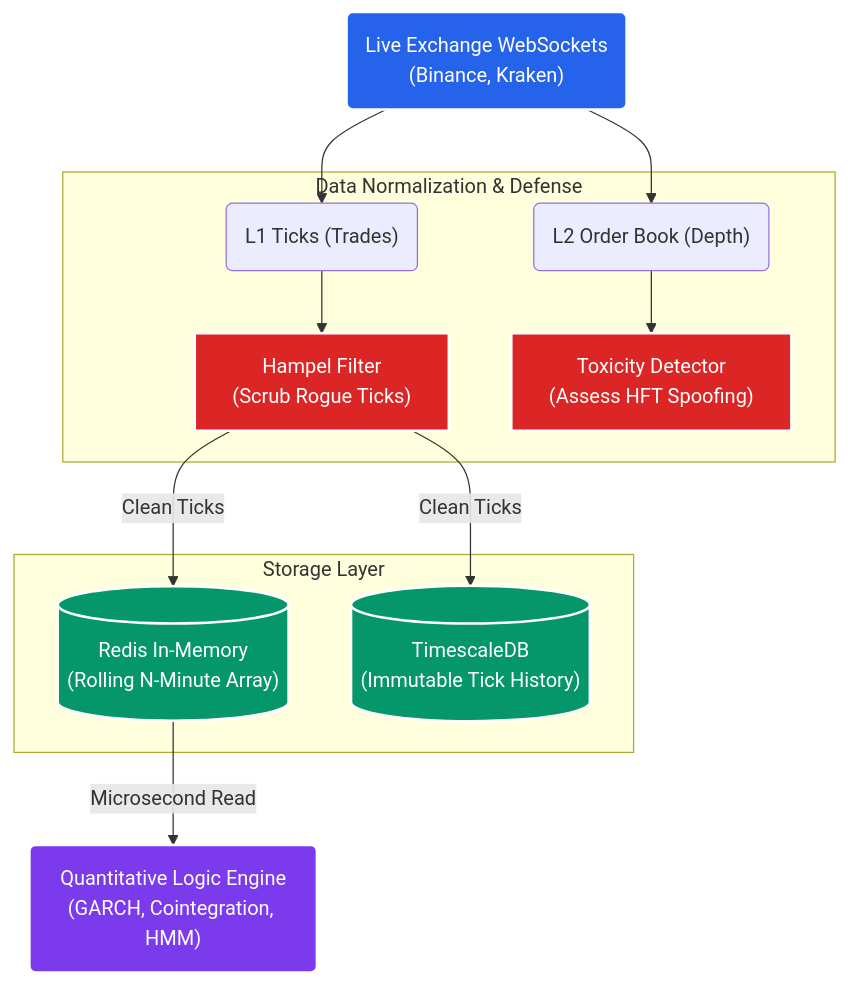
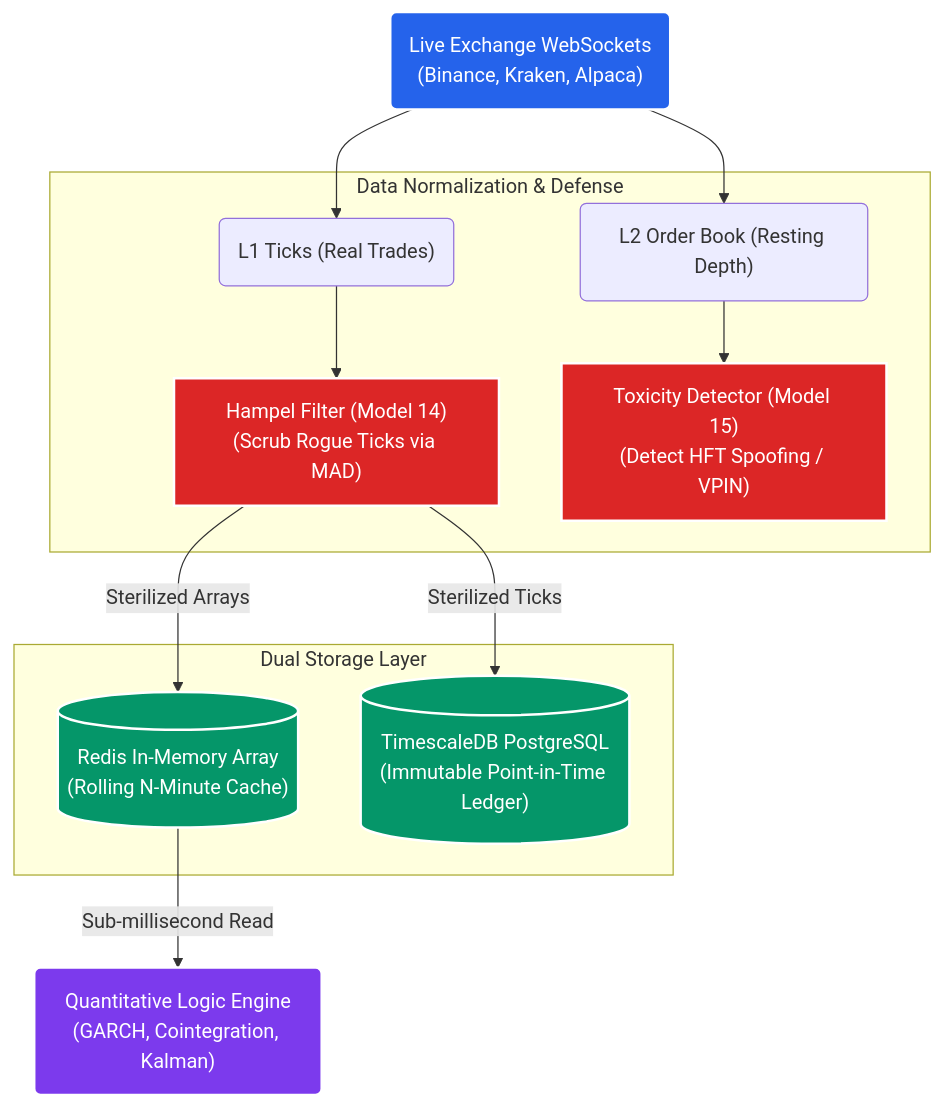
The diagram in docs/strategy/02_data_architecture.md (racoya/stockstats), drawn with Mermaid before and after one commit. The commit also changed other lines of this file, not shown here.

First line of the commit message:
docs(strategy): rewrite data ingestion architecture blueprint

````diff
--- a/docs/strategy/02_data_architecture.md
+++ b/docs/strategy/02_data_architecture.md
@@ -8,35 +10,35 @@
 ```mermaid
 graph TD
     classDef stream fill:#2563eb,stroke:#fff,stroke-width:2px,color:#fff;
     classDef filter fill:#dc2626,stroke:#fff,stroke-width:2px,color:#fff;
     classDef storage fill:#059669,stroke:#fff,stroke-width:2px,color:#fff;
     classDef engine fill:#7c3aed,stroke:#fff,stroke-width:2px,color:#fff;
 
-    A("Live Exchange WebSockets\n(Binance, Kraken)"):::stream
+    A("Live Exchange WebSockets\n(Binance, Kraken, Alpaca)"):::stream
     
     subgraph Data Normalization & Defense
-        B("L1 Ticks (Trades)")
-        C("L2 Order Book (Depth)")
+        B("L1 Ticks (Real Trades)")
+        C("L2 Order Book (Resting Depth)")
         
-        MAD["Hampel Filter\n(Scrub Rogue Ticks)"]:::filter
-        OBI["Toxicity Detector\n(Assess HFT Spoofing)"]:::filter
+        MAD["Hampel Filter (Model 14)\n(Scrub Rogue Ticks via MAD)"]:::filter
+        OBI["Toxicity Detector (Model 15)\n(Detect HFT Spoofing / VPIN)"]:::filter
     end
 
-    subgraph Storage Layer
-        Redis[("Redis In-Memory\n(Rolling N-Minute Array)")]:::storage
-        TSDB[("TimescaleDB\n(Immutable Tick History)")]:::storage
+    subgraph Dual Storage Layer
+        Redis[("Redis In-Memory Array\n(Rolling N-Minute Cache)")]:::storage
+        TSDB[("TimescaleDB PostgreSQL\n(Immutable Point-in-Time Ledger)")]:::storage
     end
 
-    Logic("Quantitative Logic Engine\n(GARCH, Cointegration, HMM)"):::engine
+    Logic("Quantitative Logic Engine\n(GARCH, Cointegration, Kalman)"):::engine
 
     A --> B
     A --> C
     
     B --> MAD
     C --> OBI
     
-    MAD -- "Clean Ticks" --> Redis
-    MAD -- "Clean Ticks" --> TSDB
+    MAD -- "Sterilized Arrays" --> Redis
+    MAD -- "Sterilized Ticks" --> TSDB
     
-    Redis -- "Microsecond Read" --> Logic
+    Redis -- "Sub-millisecond Read" --> Logic
 ```
````
